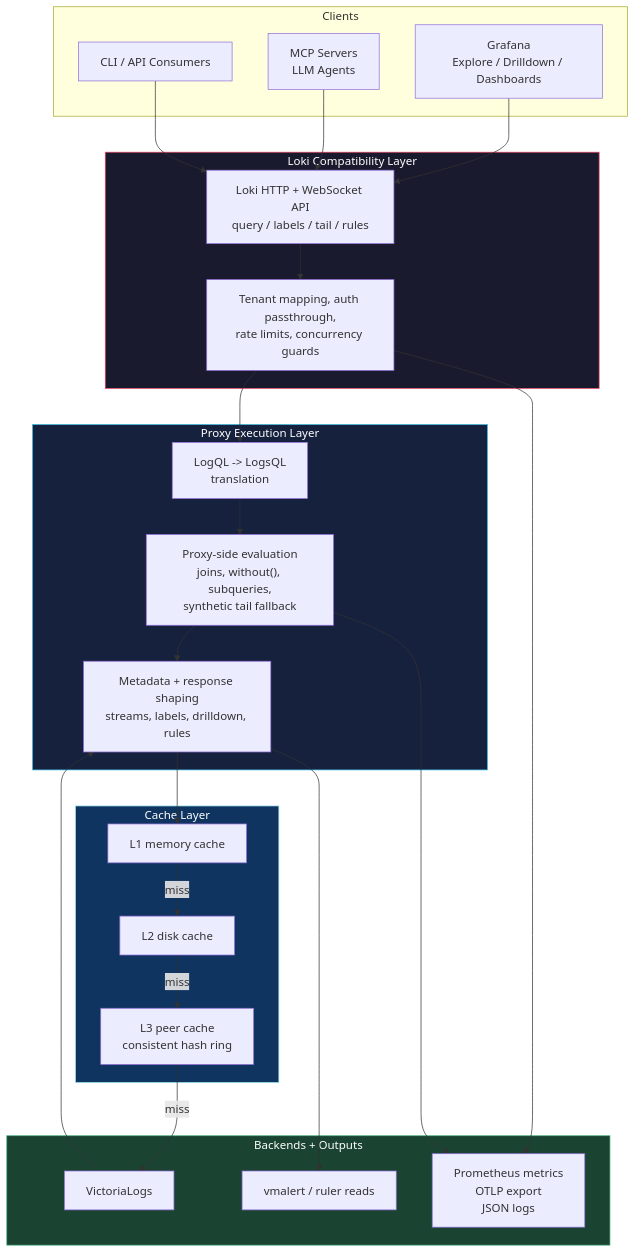
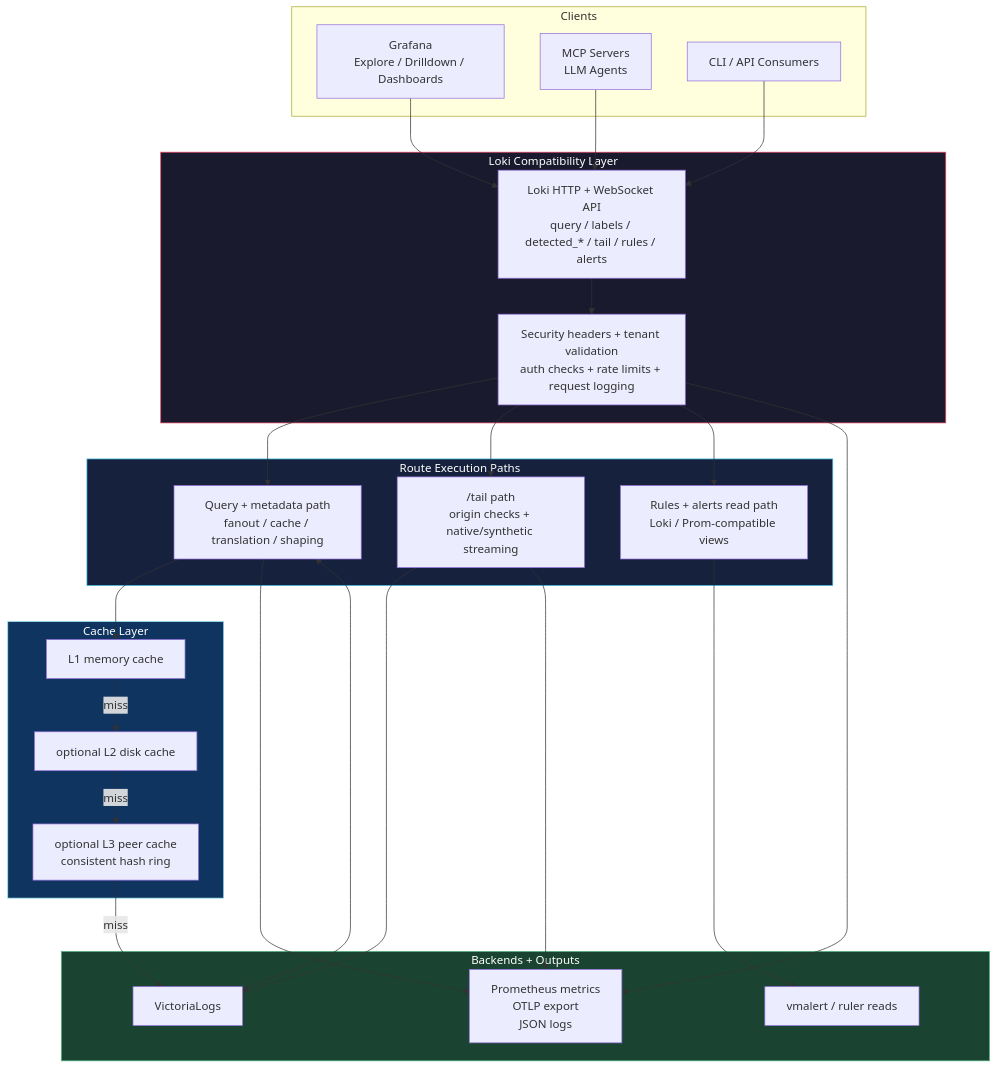
One commit to ReliablyObserve/Loki-VL-proxy changed the diagram in README.md. Above: the diagram before and after it, drawn with Mermaid. The commit also changed 3 other files, not shown here.

Commit message:
docs: refresh architecture and current gaps

````diff
--- a/README.md
+++ b/README.md
@@ -22,49 +22,54 @@
 ```mermaid
 flowchart TD
     subgraph L1["Clients"]
         G["Grafana<br/>Explore / Drilldown / Dashboards"]
         M["MCP Servers<br/>LLM Agents"]
         C["CLI / API Consumers"]
     end
 
     subgraph L2["Loki Compatibility Layer"]
-        API["Loki HTTP + WebSocket API<br/>query / labels / tail / rules"]
-        GUARD["Tenant mapping, auth passthrough,<br/>rate limits, concurrency guards"]
+        API["Loki HTTP + WebSocket API<br/>query / labels / detected_* / tail / rules / alerts"]
+        GUARD["Security headers + tenant validation<br/>auth checks + rate limits + request logging"]
     end
 
-    subgraph L3["Proxy Execution Layer"]
-        TR["LogQL -> LogsQL<br/>translation"]
-        EVAL["Proxy-side evaluation<br/>joins, without(), subqueries,<br/>synthetic tail fallback"]
-        SHAPE["Metadata + response shaping<br/>streams, labels, drilldown, rules"]
+    subgraph L3["Route Execution Paths"]
+        Q["Query + metadata path<br/>fanout / cache / translation / shaping"]
+        T["/tail path<br/>origin checks + native/synthetic streaming"]
+        R["Rules + alerts read path<br/>Loki / Prom-compatible views"]
     end
 
     subgraph L4["Cache Layer"]
         MEM["L1 memory cache"]
-        DISK["L2 disk cache"]
-        PEER["L3 peer cache<br/>consistent hash ring"]
+        DISK["optional L2 disk cache"]
+        PEER["optional L3 peer cache<br/>consistent hash ring"]
     end
 
     subgraph L5["Backends + Outputs"]
         VL["VictoriaLogs"]
         RULES["vmalert / ruler reads"]
         OBS["Prometheus metrics<br/>OTLP export<br/>JSON logs"]
     end
 
     G --> API
     M --> API
     C --> API
-    API --> GUARD --> TR --> EVAL --> SHAPE
-    SHAPE --> MEM
+    API --> GUARD
+    GUARD --> Q
+    GUARD --> T
+    GUARD --> R
+    Q --> MEM
     MEM -->|miss| DISK
     DISK -->|miss| PEER
     PEER -->|miss| VL
-    VL --> SHAPE
-    SHAPE --> RULES
+    VL --> Q
+    T --> VL
+    R --> RULES
     GUARD --> OBS
-    EVAL --> OBS
+    Q --> OBS
+    T --> OBS
 
     style L2 fill:#1a1a2e,stroke:#e94560,color:#fff
     style L3 fill:#16213e,stroke:#4cc9f0,color:#fff
     style L4 fill:#0f3460,stroke:#90e0ef,color:#fff
     style L5 fill:#1b4332,stroke:#52b788,color:#fff
 ```
````
